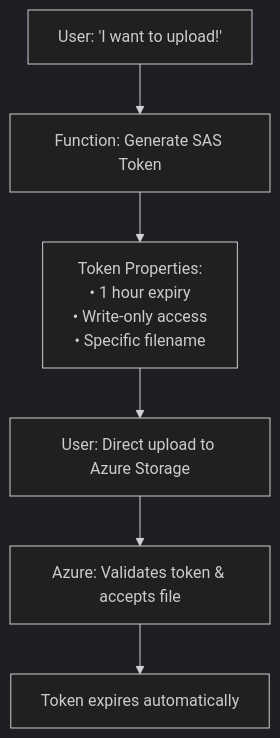
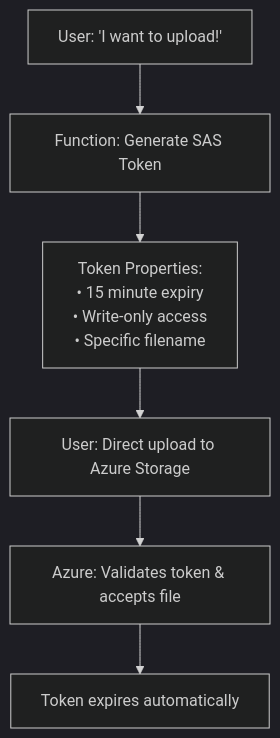
One commit to susmitpy/talks changed the ninth of 9 diagrams in cloud_word_count.md. Above: the diagram before and after it, drawn with Mermaid (dark theme). The commit also changed other lines of this file, not shown here.

````diff
--- a/cloud_word_count.md
+++ b/cloud_word_count.md
@@ -744,8 +793,8 @@
 ```mermaid{scale:0.8}
 graph TD
     A[User: 'I want to upload!'] --> B[Function: Generate SAS Token]
-    B --> C[Token Properties:<br/>• 1 hour expiry<br/>• Write-only access<br/>• Specific filename]
+    B --> C[Token Properties:<br/>• 15 minute expiry<br/>• Write-only access<br/>• Specific filename]
     C --> D[User: Direct upload to Azure Storage]
     D --> E[Azure: Validates token & accepts file]
     E --> F[Token expires automatically]
 ```
````
